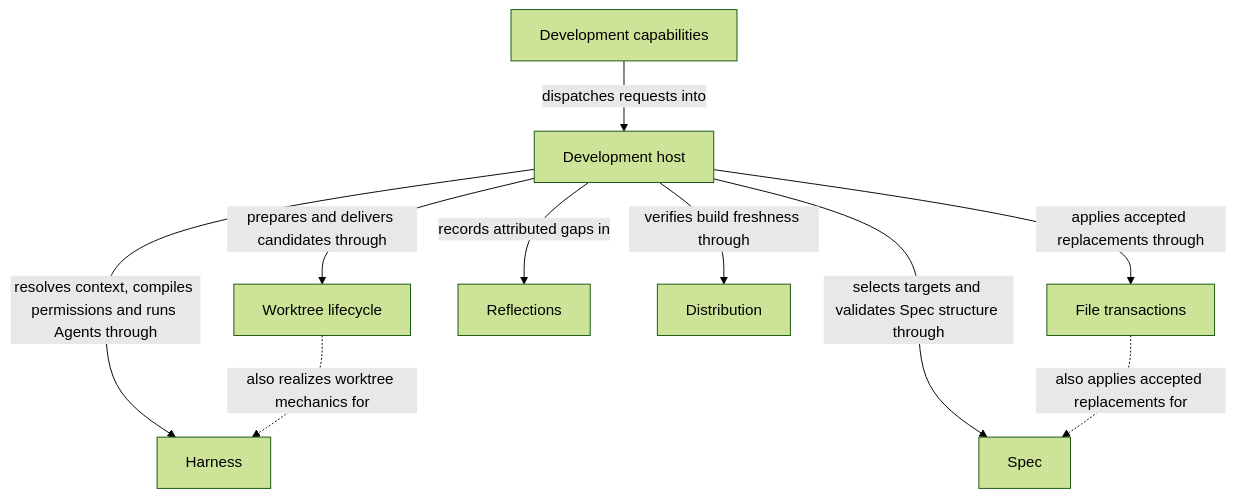
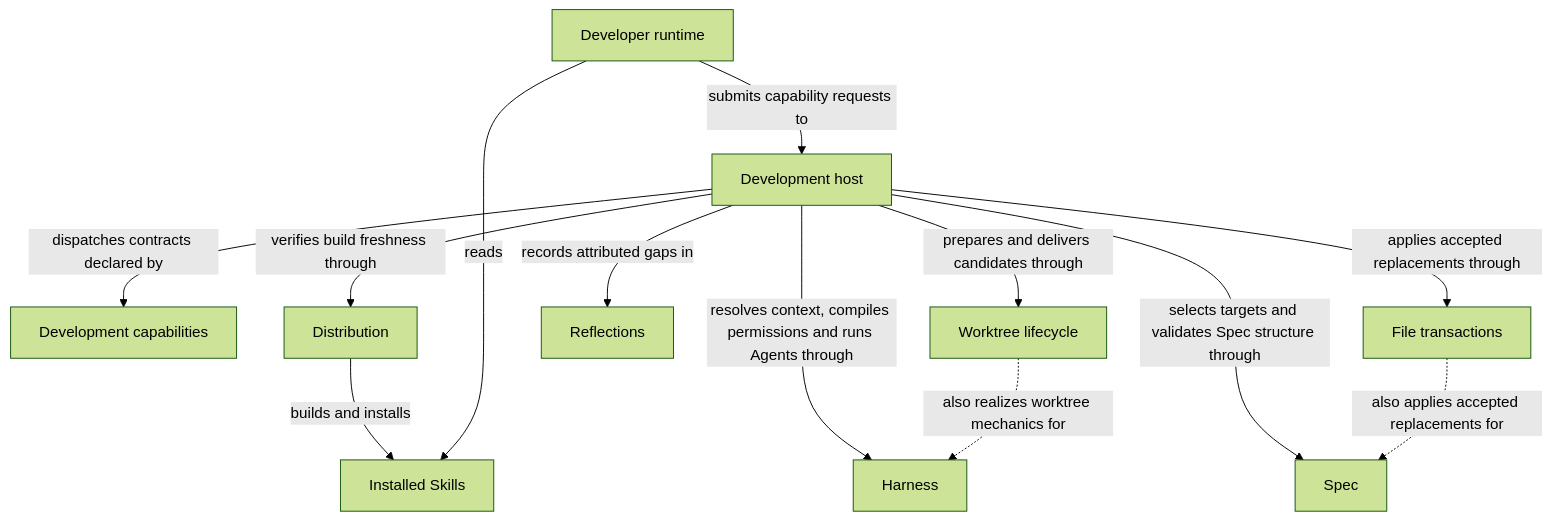
One commit to FTOD/concorde changed the diagram in specs/concorde/development/module.md. Above: the diagram before and after it, drawn with Mermaid (forest theme). The commit also changed other lines of this file and 27 other files, not shown here.

Commit message:
refactor: unify capability terminology and move Skill ownership to Distribution

````diff
--- a/specs/concorde/development/module.md
+++ b/specs/concorde/development/module.md
@@ -391,22 +398,27 @@
 ```mermaid
 flowchart TB
     accTitle: Development entities and relationships
-    accDescr: Development capabilities dispatches every Skill request into the Development host. The host reaches its four used Modules directly: Harness for context, permissions and Agent execution; Spec for target selection and structural validation; Reflections for attributed gap history; Distribution for build freshness and projections. The host also prepares candidates through Worktree lifecycle and applies accepted replacements through File transactions, both of which also realize shared mechanics for other Modules.
+    accDescr: Distribution supplies Installed Skills, which the external Developer runtime reads before submitting capability requests to the Development host. Development capabilities declares the contracts the host dispatches. The host uses Harness for Agent execution, Spec for selection and validation, Reflections for gap history and Distribution for fresh projections. Worktree lifecycle and File transactions realize shared mutation mechanics.
     developmentCapabilities["Development capabilities"]
     developmentHost["Development host"]
     worktreeLifecycle["Worktree lifecycle"]
     fileTransactions["File transactions"]
     harness["Harness"]
     spec["Spec"]
     reflections["Reflections"]
     distribution["Distribution"]
-    developmentCapabilities -->|dispatches requests into| developmentHost
+    installedSkills["Installed Skills"]
+    developerRuntime["Developer runtime"]
+    distribution -->|builds and installs| installedSkills
+    developerRuntime -->|reads| installedSkills
+    developerRuntime -->|submits capability requests to| developmentHost
+    developmentHost -->|dispatches contracts declared by| developmentCapabilities
     developmentHost -->|prepares and delivers candidates through| worktreeLifecycle
     developmentHost -->|applies accepted replacements through| fileTransactions
     developmentHost -->|resolves context, compiles permissions and runs Agents through| harness
     developmentHost -->|selects targets and validates Spec structure through| spec
     developmentHost -->|records attributed gaps in| reflections
     developmentHost -->|verifies build freshness through| distribution
     worktreeLifecycle -.->|also realizes worktree mechanics for| harness
     fileTransactions -.->|also applies accepted replacements for| spec
 ```
````
